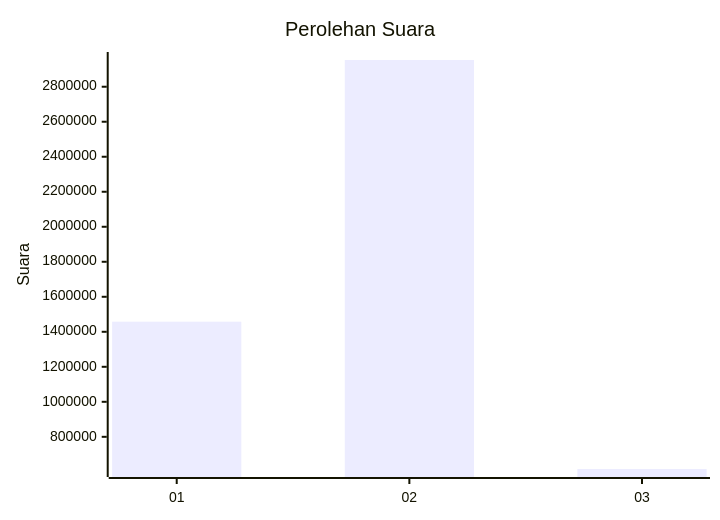
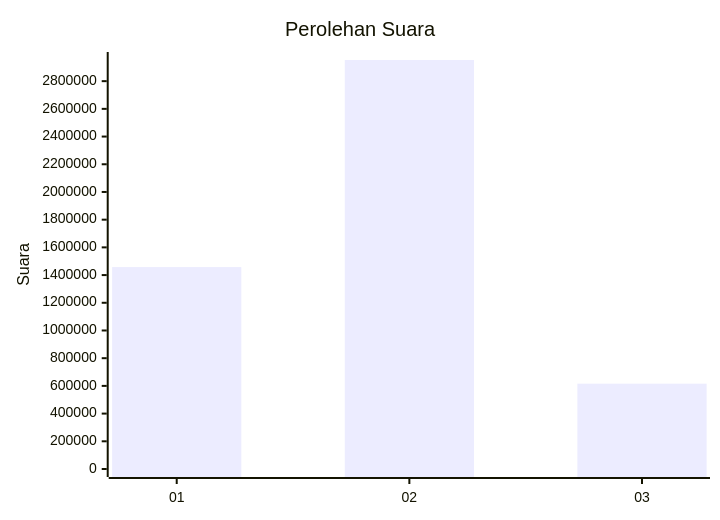
Before and after one commit to gigit-pemilu/pemilu-2024: the first of 2 diagrams in pilpres/hitung-suara/sub/table-wilayah-12.md, drawn with Mermaid. The commit also changed 42 other files, not shown here.

````diff
--- a/pilpres/hitung-suara/sub/table-wilayah-12.md
+++ b/pilpres/hitung-suara/sub/table-wilayah-12.md
@@ -7,7 +7,7 @@
 ```mermaid
 xychart-beta
     title "Perolehan Suara"
     x-axis [01, 02, 03]
-    y-axis "Suara"
+    y-axis "Suara" 0 --> 2952715
     bar [1457685, 2952715, 616136]
 ```
````
